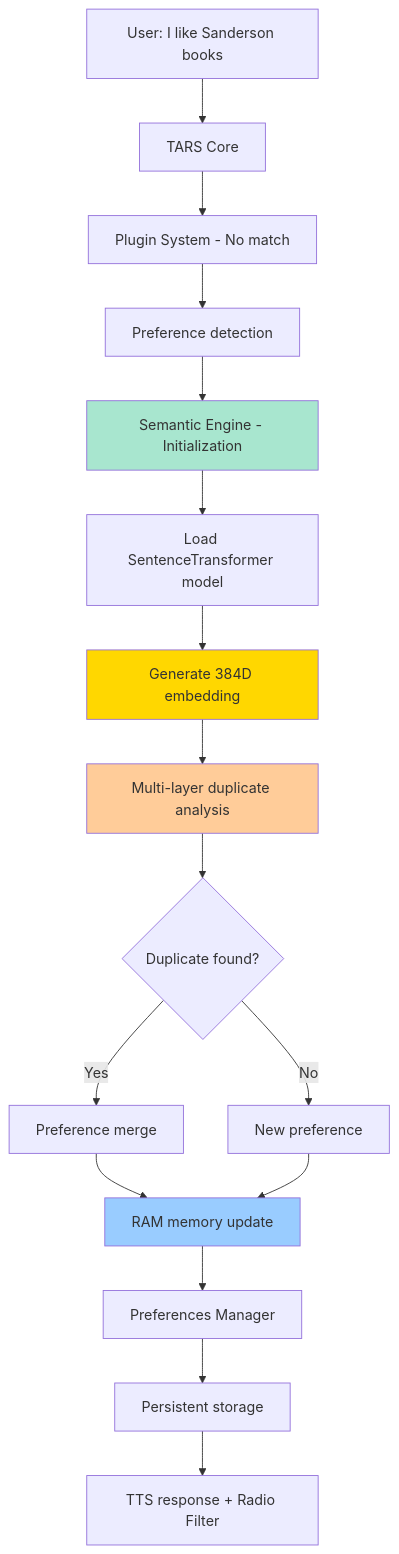
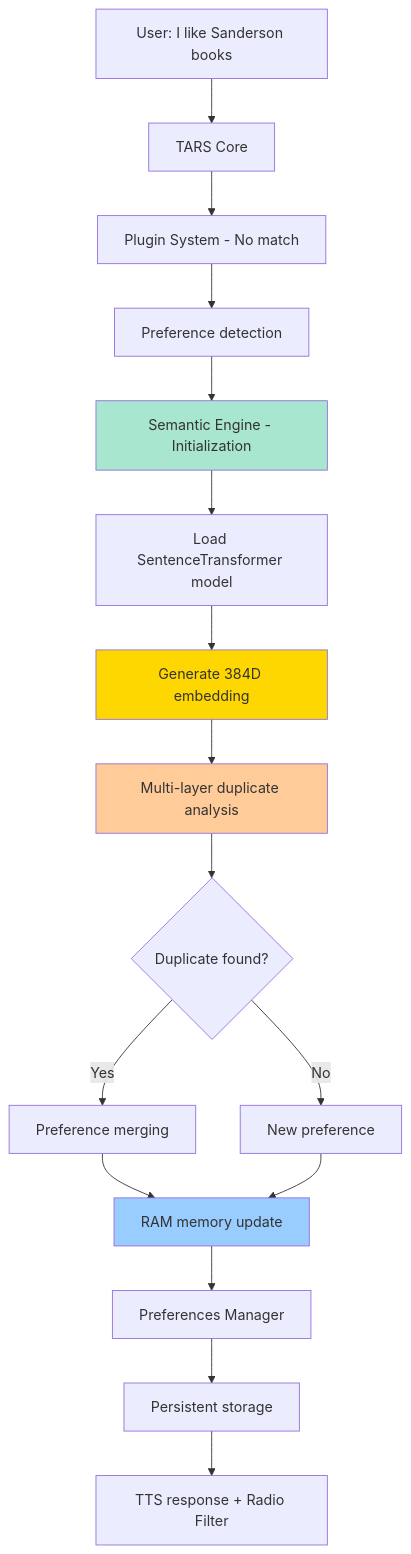
The second of 2 diagrams in docs/SEMANTIC_ENGINE_EN.md (beskarbuilder/TARS-BSK), drawn with Mermaid before and after one commit. The commit also changed other lines of this file and 10 other files, not shown here.

````diff
--- a/docs/SEMANTIC_ENGINE_EN.md
+++ b/docs/SEMANTIC_ENGINE_EN.md
@@ -667,23 +659,23 @@
 ```mermaid
 flowchart TD
     A[User: I like Sanderson books] --> B[TARS Core]
     B --> C[Plugin System - No match]
     C --> D[Preference detection] 
     D --> E[Semantic Engine - Initialization]
     E --> F[Load SentenceTransformer model]
     F --> G[Generate 384D embedding]
     G --> H[Multi-layer duplicate analysis]
     H --> I{Duplicate found?}
-    I -->|Yes| J[Preference merge]
+    I -->|Yes| J[Preference merging]
     I -->|No| K[New preference]
     J --> L[RAM memory update]
     K --> L
     L --> M[Preferences Manager]
     M --> N[Persistent storage]
     N --> O[TTS response + Radio Filter]
     
     style E fill:#a8e6cf
     style G fill:#ffd700
     style H fill:#ffcc99
     style L fill:#99ccff
 ```
````
